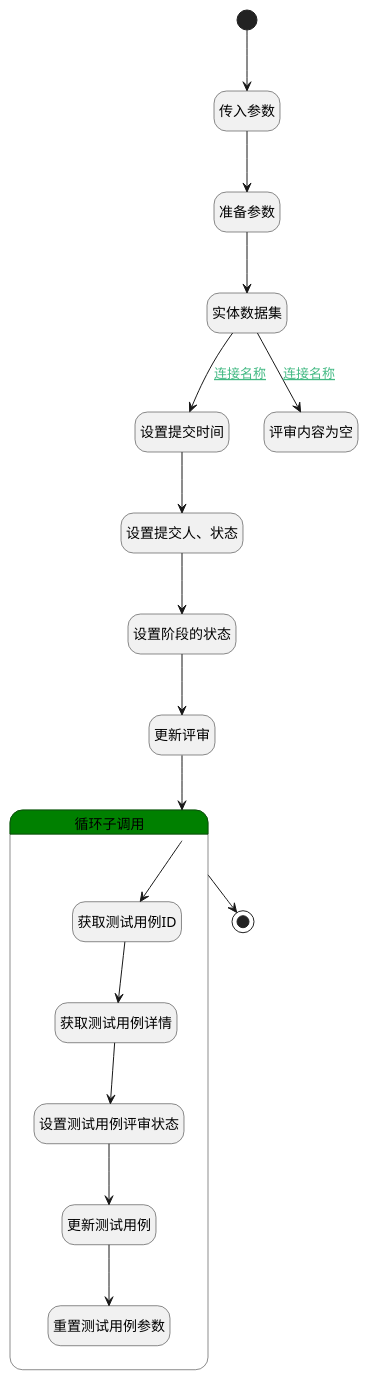
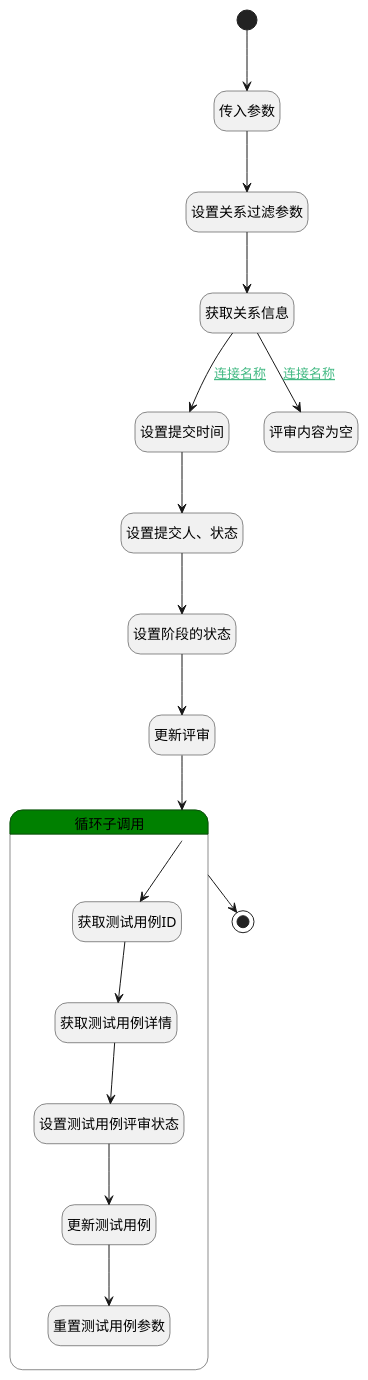
One commit to iBizLab/plm changed the diagram in doc/docsify/module/TestMgmt/review/logic/submit_review.md. Above: the diagram before and after it, drawn with PlantUML. The commit also changed other lines of this file and 1778 other files, not shown here.

````diff
--- a/doc/docsify/module/TestMgmt/review/logic/submit_review.md
+++ b/doc/docsify/module/TestMgmt/review/logic/submit_review.md
@@ -7,48 +7,48 @@
 ```plantuml
 @startuml
 hide empty description
 <style>
 root {
   HyperlinkColor #42b983
 }
 </style>
 
 hide empty description
 state "开始" as Begin <<start>> [[$./submit_review#begin {"开始"}]]
-state "设置提交时间" as RAWSFCODE1  [[$./submit_review#rawsfcode1 {"设置提交时间"}]]
 state "设置提交人、状态" as PREPAREPARAM1  [[$./submit_review#prepareparam1 {"设置提交人、状态"}]]
-state "设置阶段的状态" as PREPAREPARAM2  [[$./submit_review#prepareparam2 {"设置阶段的状态"}]]
 state "更新评审" as DEACTION1  [[$./submit_review#deaction1 {"更新评审"}]]
 state "传入参数" as DEBUGPARAM1  [[$./submit_review#debugparam1 {"传入参数"}]]
-state "实体数据集" as DEDATASET1  [[$./submit_review#dedataset1 {"实体数据集"}]]
-state "准备参数" as PREPAREPARAM3  [[$./submit_review#prepareparam3 {"准备参数"}]]
+state "设置提交时间" as RAWSFCODE1  [[$./submit_review#rawsfcode1 {"设置提交时间"}]]
+state "设置阶段的状态" as PREPAREPARAM2  [[$./submit_review#prepareparam2 {"设置阶段的状态"}]]
+state "获取关系信息" as DEDATASET1  [[$./submit_review#dedataset1 {"获取关系信息"}]]
+state "设置关系过滤参数" as PREPAREPARAM3  [[$./submit_review#prepareparam3 {"设置关系过滤参数"}]]
 state "结束" as END1 <<end>> [[$./submit_review#end1 {"结束"}]]
 state "评审内容为空" as THROWEXCEPTION1  [[$./submit_review#throwexception1 {"评审内容为空"}]]
 state "循环子调用" as LOOPSUBCALL1  [[$./submit_review#loopsubcall1 {"循环子调用"}]] #green {
 state "获取测试用例ID" as PREPAREPARAM4  [[$./submit_review#prepareparam4 {"获取测试用例ID"}]]
 state "获取测试用例详情" as DEACTION2  [[$./submit_review#deaction2 {"获取测试用例详情"}]]
 state "设置测试用例评审状态" as PREPAREPARAM5  [[$./submit_review#prepareparam5 {"设置测试用例评审状态"}]]
 state "更新测试用例" as DEACTION3  [[$./submit_review#deaction3 {"更新测试用例"}]]
 state "重置测试用例参数" as RESETPARAM1  [[$./submit_review#resetparam1 {"重置测试用例参数"}]]
 }
 
 
 Begin --> DEBUGPARAM1
 DEBUGPARAM1 --> PREPAREPARAM3
 PREPAREPARAM3 --> DEDATASET1
 DEDATASET1 --> RAWSFCODE1 : [[$./submit_review#dedataset1-rawsfcode1{连接名称} 连接名称]]
 RAWSFCODE1 --> PREPAREPARAM1
 PREPAREPARAM1 --> PREPAREPARAM2
 PREPAREPARAM2 --> DEACTION1
 DEACTION1 --> LOOPSUBCALL1
 LOOPSUBCALL1 --> PREPAREPARAM4
 PREPAREPARAM4 --> DEACTION2
 DEACTION2 --> PREPAREPARAM5
 PREPAREPARAM5 --> DEACTION3
 DEACTION3 --> RESETPARAM1
 LOOPSUBCALL1 --> END1
 DEDATASET1 --> THROWEXCEPTION1 : [[$./submit_review#dedataset1-throwexception1{连接名称} 连接名称]]
 
 
 @enduml
 ```
````
